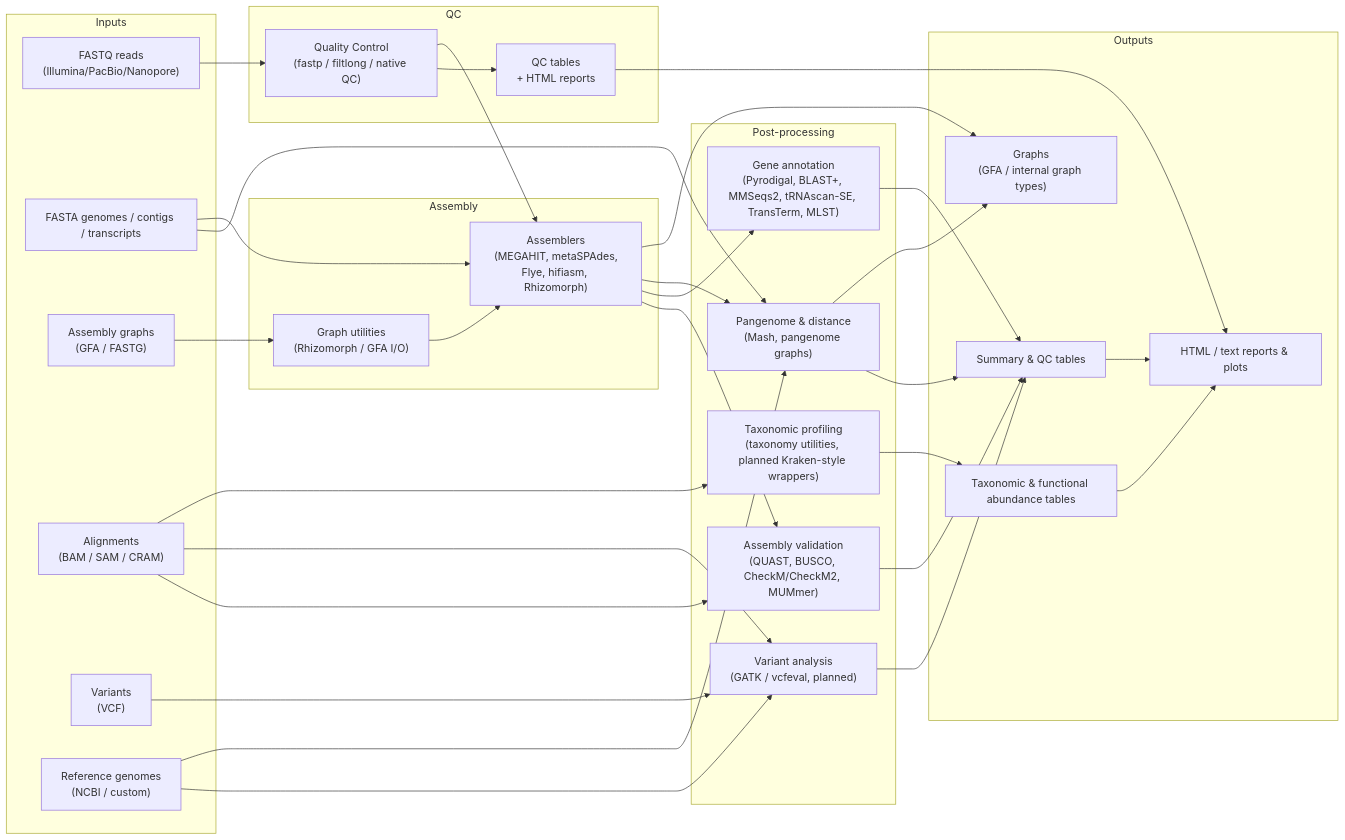
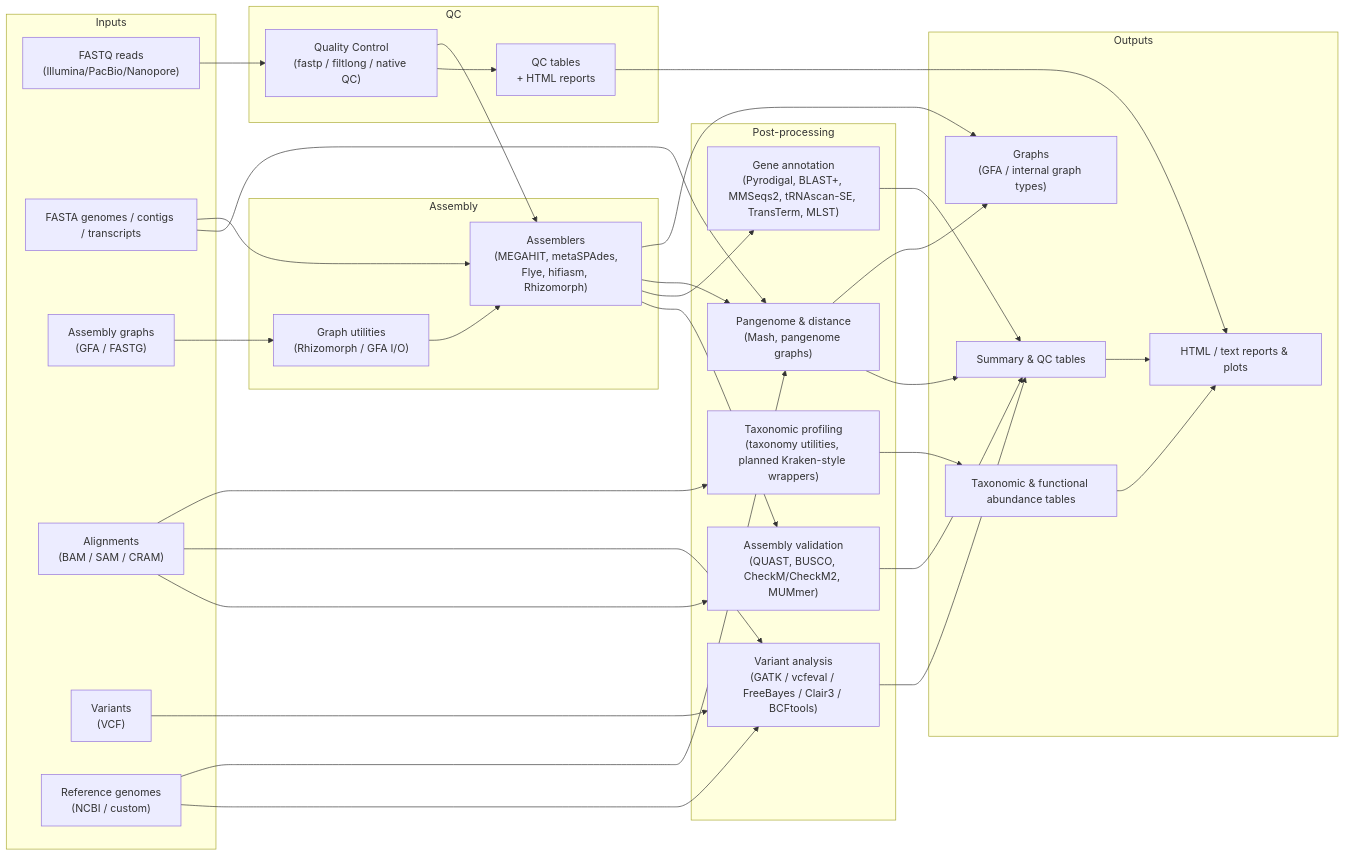
One commit to cjprybol/Mycelia changed the diagram in docs/src/workflow-map.md. Above: the diagram before and after it, drawn with Mermaid. The commit also changed other lines of this file and 42 other files, not shown here.

````diff
--- a/docs/src/workflow-map.md
+++ b/docs/src/workflow-map.md
@@ -17,66 +17,66 @@
 ```mermaid
 flowchart LR
     subgraph Inputs
         FASTQ["FASTQ reads<br/>(Illumina/PacBio/Nanopore)"]
         FASTA["FASTA genomes / contigs / transcripts"]
         GFA["Assembly graphs<br/>(GFA / FASTG)"]
         BAM["Alignments<br/>(BAM / SAM / CRAM)"]
         VCF["Variants<br/>(VCF)"]
         REF["Reference genomes<br/>(NCBI / custom)"]
     end
 
     subgraph QC
         QCReads["Quality Control<br/>(fastp / filtlong / native QC)"]
         QCTables["QC tables<br/>+ HTML reports"]
     end
 
     subgraph Assembly
         Assemblers["Assemblers<br/>(MEGAHIT, metaSPAdes,<br/>Flye, hifiasm, Rhizomorph)"]
         GraphOps["Graph utilities<br/>(Rhizomorph / GFA I/O)"]
     end
 
     subgraph PostProc["Post-processing"]
         Validation["Assembly validation<br/>(QUAST, BUSCO, CheckM/CheckM2, MUMmer)"]
         Annotation["Gene annotation<br/>(Pyrodigal, BLAST+, MMSeqs2, tRNAscan-SE, TransTerm, MLST)"]
         Taxonomy["Taxonomic profiling<br/>(taxonomy utilities, planned Kraken-style wrappers)"]
         Pangenome["Pangenome & distance<br/>(Mash, pangenome graphs)"]
-        Variants["Variant analysis<br/>(GATK / vcfeval, planned)"]
+        Variants["Variant analysis<br/>(GATK / vcfeval / FreeBayes / Clair3 / BCFtools)"]
     end
 
     subgraph Outputs
         Tables["Summary & QC tables"]
         Abund["Taxonomic & functional abundance tables"]
         Graphs["Graphs<br/>(GFA / internal graph types)"]
         Reports["HTML / text reports & plots"]
     end
 
     FASTQ --> QCReads
     QCReads --> QCTables
     QCReads --> Assemblers
     FASTA --> Pangenome
     FASTA --> Assemblers
     GFA --> GraphOps
     GraphOps --> Assemblers
     Assemblers --> Validation
     Assemblers --> Annotation
     Assemblers --> Pangenome
     Assemblers --> Graphs
 
     BAM --> Validation
     BAM --> Variants
     BAM --> Taxonomy
 
     VCF --> Variants
     REF --> Variants
     REF --> Pangenome
 
     Validation --> Tables
     Annotation --> Tables
     Taxonomy --> Abund
     Pangenome --> Tables
     Pangenome --> Graphs
     Variants --> Tables
     QCTables --> Reports
     Tables --> Reports
     Abund --> Reports
 ```
````
